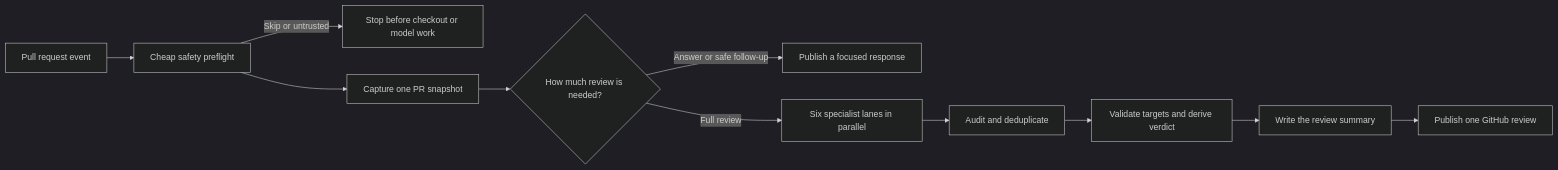
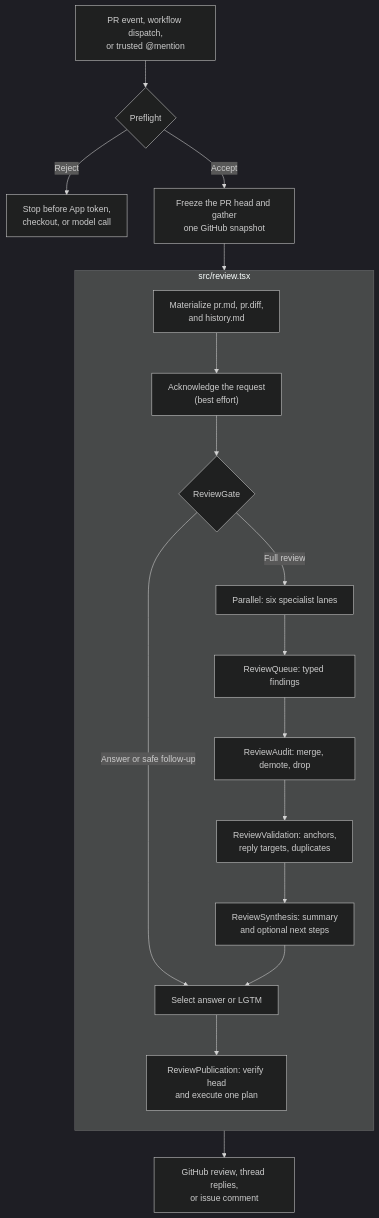
Before and after one commit to we-are-singular/singular-code-review-agent: the diagram in README.md, drawn with Mermaid (dark theme). The commit also changed other lines of this file and 2 other files, not shown here.

````diff
--- a/README.md
+++ b/README.md
@@ -21,13 +30,23 @@
 ```mermaid
-flowchart LR
-    event[Pull request event] --> preflight[Cheap safety preflight]
-    preflight -->|Skip or untrusted| stop[Stop before checkout or model work]
-    preflight --> snapshot[Capture one PR snapshot]
-    snapshot --> gate{How much review is needed?}
-    gate -->|Answer or safe follow-up| fast[Publish a focused response]
-    gate -->|Full review| lanes[Six specialist lanes in parallel]
-    lanes --> audit[Audit and deduplicate]
-    audit --> validate[Validate targets and derive verdict]
-    validate --> synthesize[Write the review summary]
-    synthesize --> publish[Publish one GitHub review]
+flowchart TB
+    event["PR event, workflow dispatch,<br/>or trusted @mention"] --> preflight{"Preflight"}
+    preflight -->|Reject| stop["Stop before App token,<br/>checkout, or model call"]
+    preflight -->|Accept| snapshot["Freeze the PR head and gather<br/>one GitHub snapshot"]
+
+    subgraph review["src/review.tsx"]
+      direction TB
+      context["Materialize pr.md, pr.diff,<br/>and history.md"] --> acknowledgement["Acknowledge the request<br/>(best effort)"]
+      acknowledgement --> gate{"ReviewGate"}
+      gate -->|Answer or safe follow-up| outcome["Select answer or LGTM"]
+      gate -->|Full review| parallel["Parallel: six specialist lanes"]
+      parallel --> queue["ReviewQueue: typed findings"]
+      queue --> audit["ReviewAudit: merge, demote, drop"]
+      audit --> validation["ReviewValidation: anchors,<br/>reply targets, duplicates"]
+      validation --> synthesis["ReviewSynthesis: summary<br/>and optional next steps"]
+      synthesis --> outcome
+      outcome --> publication["ReviewPublication: verify head<br/>and execute one plan"]
+    end
+
+    snapshot --> context
+    publication --> github["GitHub review, thread replies,<br/>or issue comment"]
 ```
````
